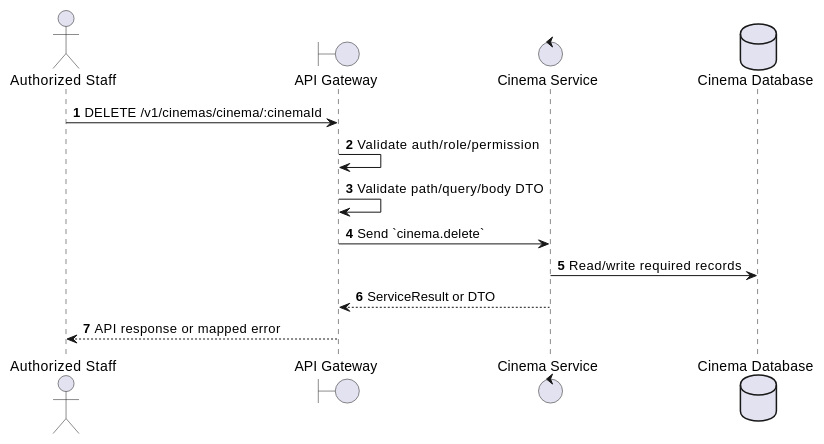
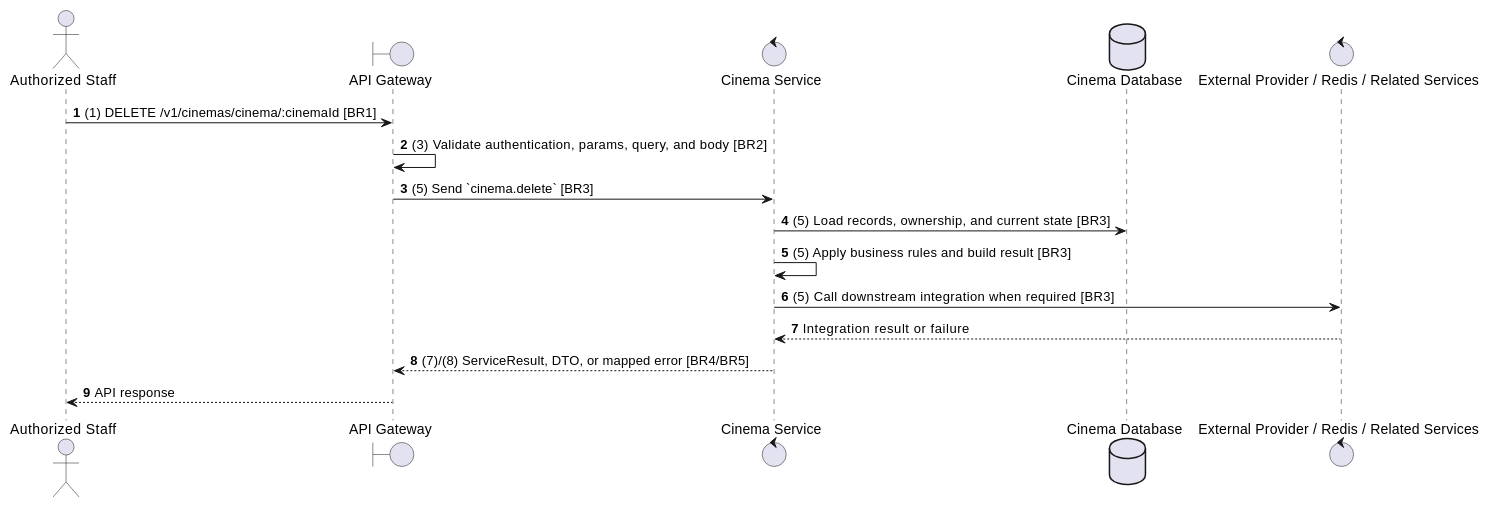
The second of 2 diagrams in docs/functional_specs/3.2.1_Cinema_Management/CM-04_Delete_Cinema.md (Tanh1603/movie-hub-architecture), drawn with PlantUML before and after one commit. The commit also changed other lines of this file and 129 other files, not shown here.

````diff
--- a/docs/functional_specs/3.2.1_Cinema_Management/CM-04_Delete_Cinema.md
+++ b/docs/functional_specs/3.2.1_Cinema_Management/CM-04_Delete_Cinema.md
@@ -17,17 +64,20 @@
 ```plantuml
 @startuml
 autonumber
 actor "Authorized Staff" as Actor
 boundary "API Gateway" as GW
 control "Cinema Service" as SVC
 database "Cinema Database" as DB
+control "External Provider / Redis / Related Services" as EXT
 
-Actor -> GW: DELETE /v1/cinemas/cinema/:cinemaId
-GW -> GW: Validate auth/role/permission
-GW -> GW: Validate path/query/body DTO
-GW -> SVC: Send `cinema.delete`
-SVC -> DB: Read/write required records
-SVC --> GW: ServiceResult or DTO
-GW --> Actor: API response or mapped error
+Actor -> GW: (1) DELETE /v1/cinemas/cinema/:cinemaId [BR1]
+GW -> GW: (3) Validate authentication, params, query, and body [BR2]
+GW -> SVC: (5) Send `cinema.delete` [BR3]
+SVC -> DB: (5) Load records, ownership, and current state [BR3]
+SVC -> SVC: (5) Apply business rules and build result [BR3]
+SVC -> EXT: (5) Call downstream integration when required [BR3]
+EXT --> SVC: Integration result or failure
+SVC --> GW: (7)/(8) ServiceResult, DTO, or mapped error [BR4/BR5]
+GW --> Actor: API response
 @enduml
 ```
````
